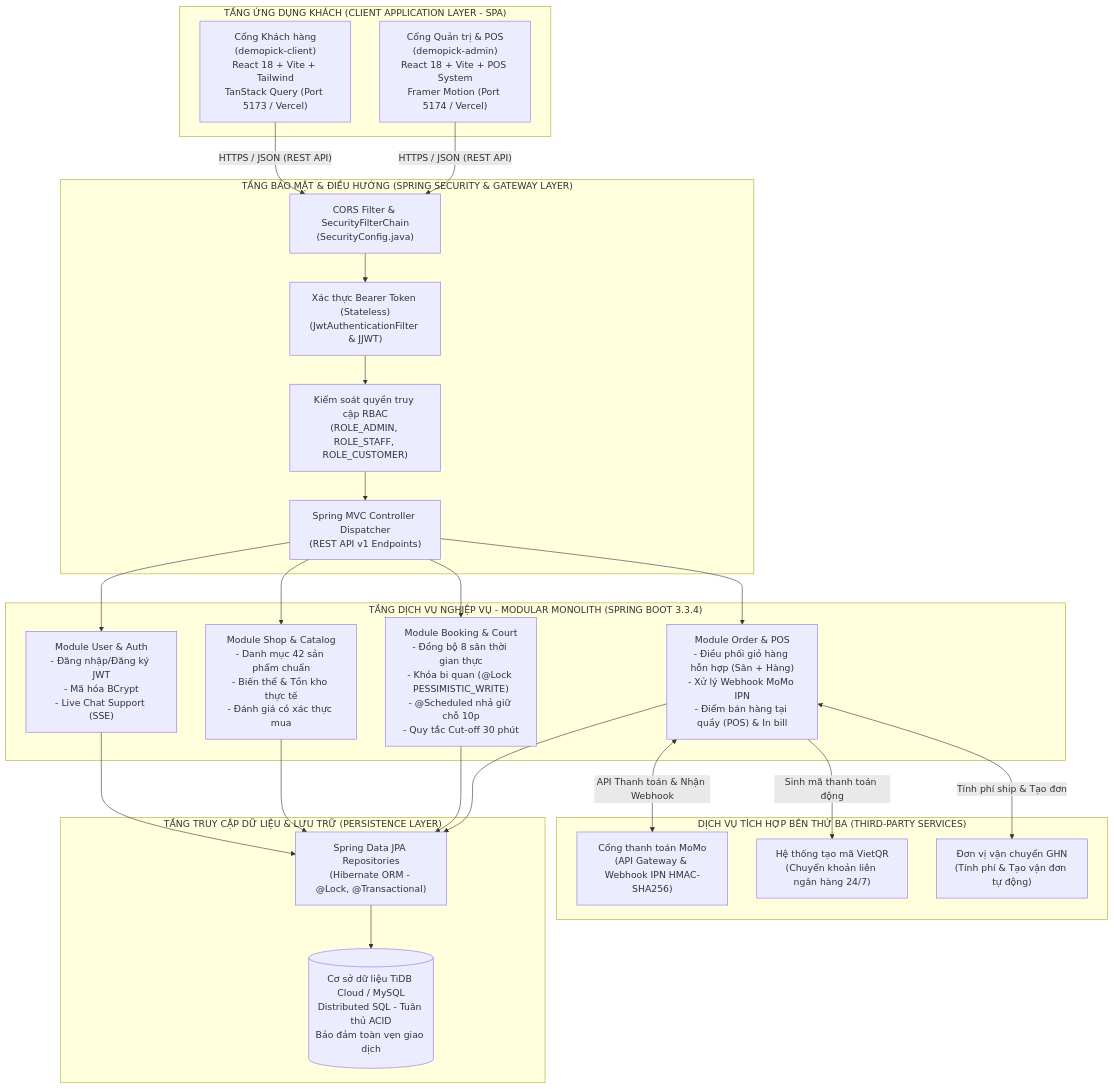
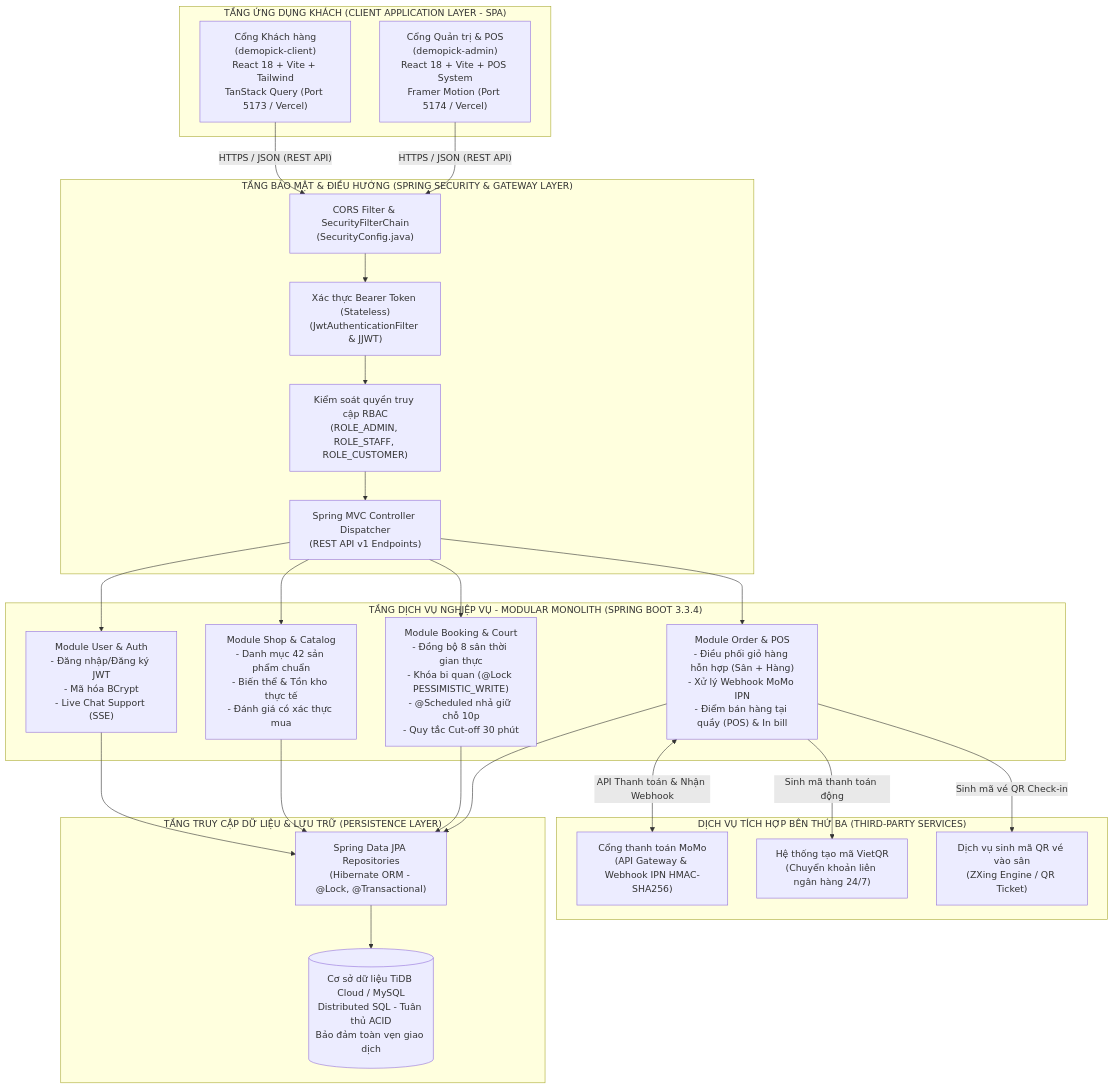
The seventh of 9 diagrams in Bao Cao/Bao_Cao_Bai_Tap_Lon_PTPMHDV_PickleBall.md (ManhTienCv/PickleBallWeb), drawn with Mermaid before and after one commit. The commit also changed other lines of this file, not shown here.

Commit message:
docs: finalize 6 priority fixes in PTPMHDV report (testing consistency, GHN removal, ERD sync)

````diff
--- a/Bao Cao/Bao_Cao_Bai_Tap_Lon_PTPMHDV_PickleBall.md
+++ b/Bao Cao/Bao_Cao_Bai_Tap_Lon_PTPMHDV_PickleBall.md
@@ -692,53 +692,53 @@
 ```mermaid
 flowchart TD
     subgraph TANG_CLIENT["TẦNG ỨNG DỤNG KHÁCH (CLIENT APPLICATION LAYER - SPA)"]
         ClientWeb["Cổng Khách hàng\n(demopick-client)\nReact 18 + Vite + Tailwind\nTanStack Query (Port 5173 / Vercel)"]
         AdminWeb["Cổng Quản trị & POS\n(demopick-admin)\nReact 18 + Vite + POS System\nFramer Motion (Port 5174 / Vercel)"]
     end
 
     subgraph TANG_SECURITY["TẦNG BẢO MẬT & ĐIỀU HƯỚNG (SPRING SECURITY & GATEWAY LAYER)"]
         CorsRoute["CORS Filter & SecurityFilterChain\n(SecurityConfig.java)"]
         JwtAuth["Xác thực Bearer Token (Stateless)\n(JwtAuthenticationFilter & JJWT)"]
         RoleCheck["Kiểm soát quyền truy cập RBAC\n(ROLE_ADMIN, ROLE_STAFF, ROLE_CUSTOMER)"]
         MvcDispatcher["Spring MVC Controller Dispatcher\n(REST API v1 Endpoints)"]
     end
 
     subgraph TANG_SERVICE["TẦNG DỊCH VỤ NGHIỆP VỤ - MODULAR MONOLITH (SPRING BOOT 3.3.4)"]
         UserMod["Module User & Auth\n- Đăng nhập/Đăng ký JWT\n- Mã hóa BCrypt\n- Live Chat Support (SSE)"]
         ShopMod["Module Shop & Catalog\n- Danh mục 42 sản phẩm chuẩn\n- Biến thể & Tồn kho thực tế\n- Đánh giá có xác thực mua"]
         BookingMod["Module Booking & Court\n- Đồng bộ 8 sân thời gian thực\n- Khóa bi quan (@Lock PESSIMISTIC_WRITE)\n- @Scheduled nhả giữ chỗ 10p\n- Quy tắc Cut-off 30 phút"]
         OrderMod["Module Order & POS\n- Điều phối giỏ hàng hỗn hợp (Sân + Hàng)\n- Xử lý Webhook MoMo IPN\n- Điểm bán hàng tại quầy (POS) & In bill"]
     end
 
     subgraph TANG_DATABASE["TẦNG TRUY CẬP DỮ LIỆU & LƯU TRỮ (PERSISTENCE LAYER)"]
         JPA["Spring Data JPA Repositories\n(Hibernate ORM - @Lock, @Transactional)"]
         DB[("Cơ sở dữ liệu TiDB Cloud / MySQL\nDistributed SQL - Tuân thủ ACID\nBảo đảm toàn vẹn giao dịch")]
     end
 
     subgraph DICH_VU_NGOAI["DỊCH VỤ TÍCH HỢP BÊN THỨ BA (THIRD-PARTY SERVICES)"]
         MoMoGW["Cổng thanh toán MoMo\n(API Gateway & Webhook IPN HMAC-SHA256)"]
         VietQR["Hệ thống tạo mã VietQR\n(Chuyển khoản liên ngân hàng 24/7)"]
-        GHN["Đơn vị vận chuyển GHN\n(Tính phí & Tạo vận đơn tự động)"]
+        QRServer["Dịch vụ sinh mã QR vé vào sân\n(ZXing Engine / QR Ticket)"]
     end
 
     ClientWeb -- "HTTPS / JSON (REST API)" --> CorsRoute
     AdminWeb -- "HTTPS / JSON (REST API)" --> CorsRoute
 
     CorsRoute --> JwtAuth --> RoleCheck --> MvcDispatcher
 
     MvcDispatcher --> UserMod
     MvcDispatcher --> ShopMod
     MvcDispatcher --> BookingMod
     MvcDispatcher --> OrderMod
 
     UserMod --> JPA
     ShopMod --> JPA
     BookingMod --> JPA
     OrderMod --> JPA
 
     JPA --> DB
 
     OrderMod <-->|"API Thanh toán & Nhận Webhook"| MoMoGW
     OrderMod -->|"Sinh mã thanh toán động"| VietQR
-    OrderMod <-->|"Tính phí ship & Tạo đơn"| GHN
+    OrderMod -->|"Sinh mã vé QR Check-in"| QRServer
 ```
````
